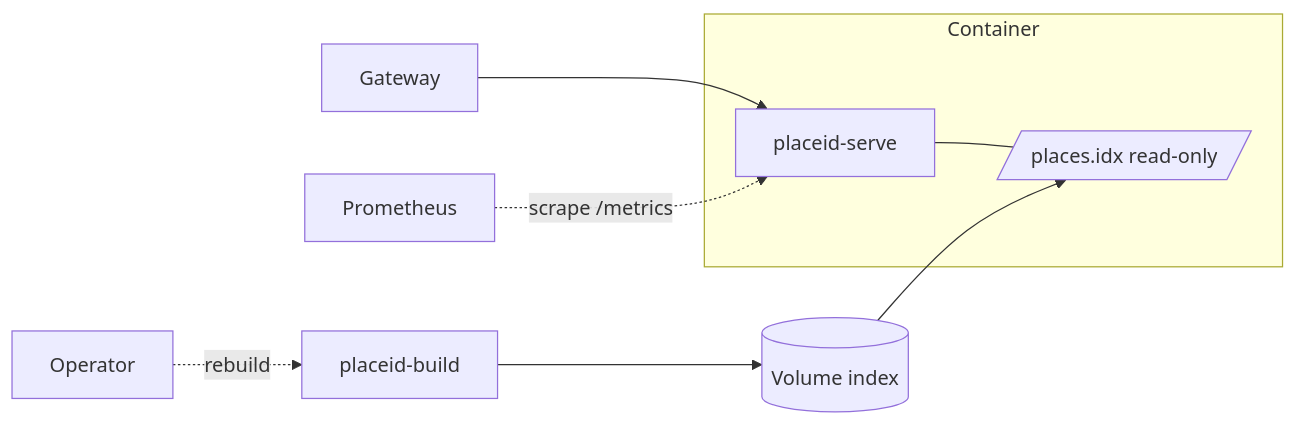
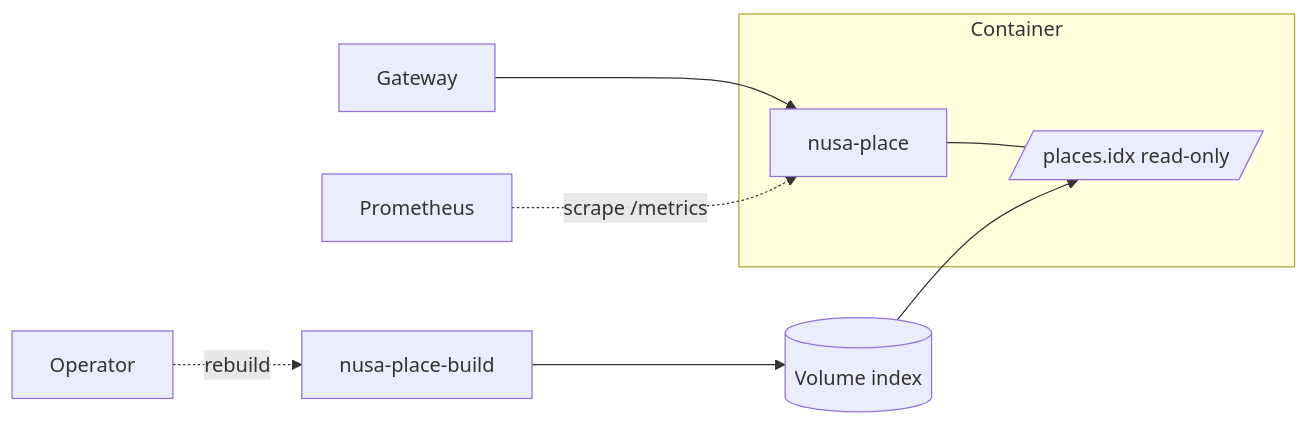
Before and after one commit to nusapeta/place: the fifth of 5 diagrams in docs/ARCHITECTURE.md, drawn with Mermaid. The commit also changed other lines of this file and 48 other files, not shown here.

First line of the commit message:
rename: rebrand placeid as nusapeta/place

````diff
--- a/docs/ARCHITECTURE.md
+++ b/docs/ARCHITECTURE.md
@@ -112,13 +112,13 @@
 ```mermaid
 flowchart LR
     subgraph Container
-        BIN[placeid-serve]
+        BIN[nusa-place]
         RO[/places.idx read-only/]
         BIN --- RO
     end
     LB[Gateway] --> BIN
     PROM[Prometheus] -. scrape /metrics .-> BIN
-    OPS[Operator] -. rebuild .-> BUILD[placeid-build]
+    OPS[Operator] -. rebuild .-> BUILD[nusa-place-build]
     BUILD --> VOL[(Volume index)]
     VOL --> RO
 ```
````
